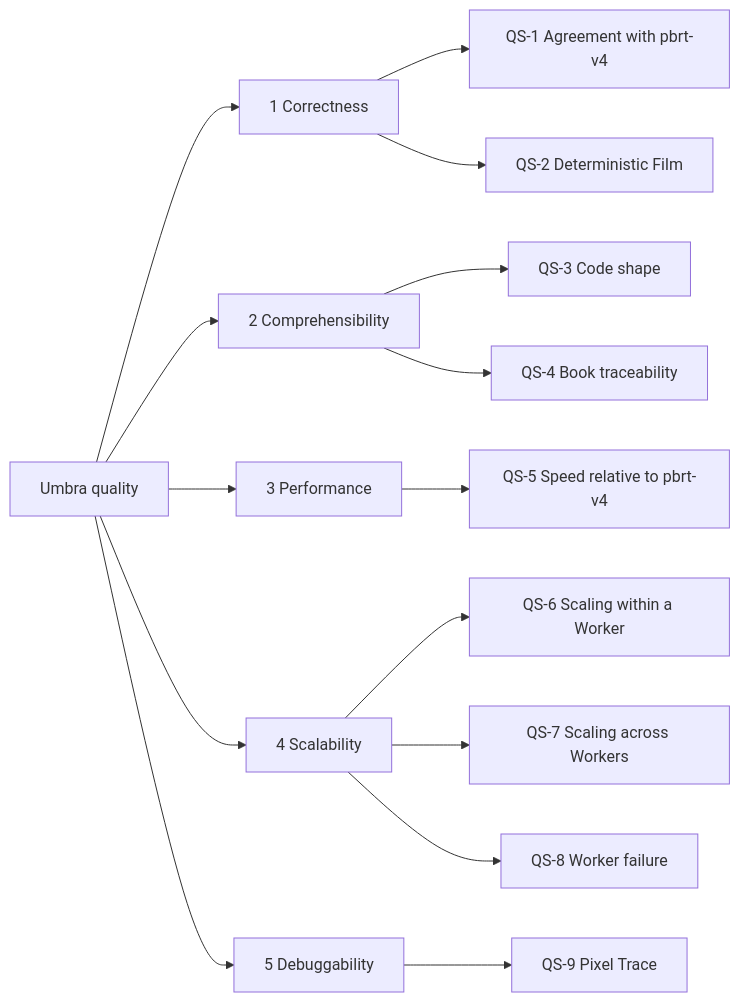
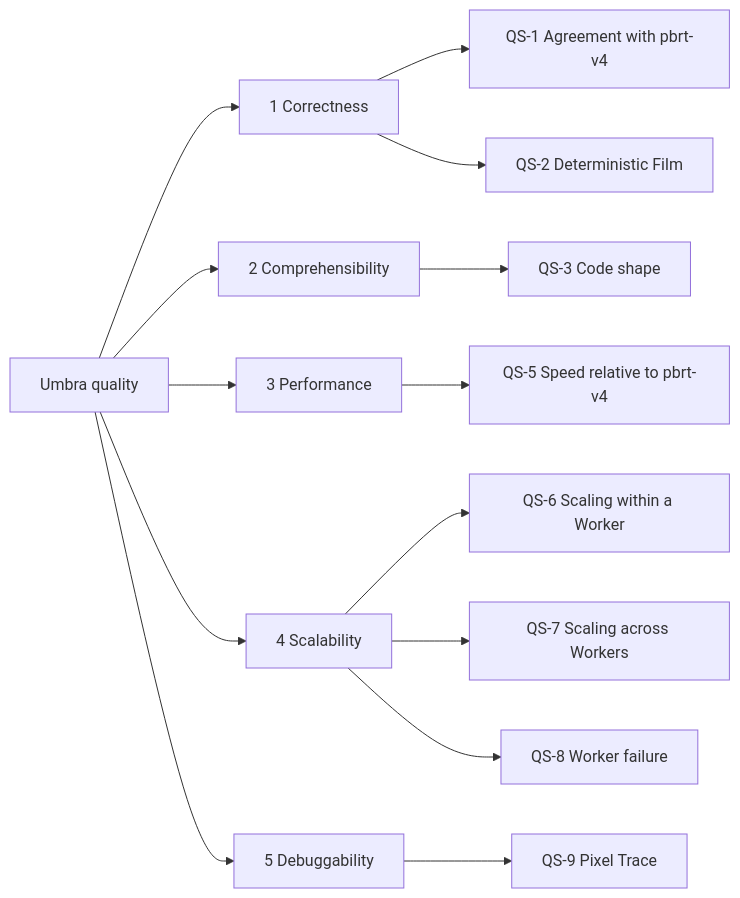
The diagram in docs/architecture/10-quality-requirements.md (sergioffpc/umbra), drawn with Mermaid before and after one commit. The commit also changed other lines of this file and 19 other files, not shown here.

````diff
--- a/docs/architecture/10-quality-requirements.md
+++ b/docs/architecture/10-quality-requirements.md
@@ -7,17 +7,16 @@
 ```mermaid
 flowchart LR
     Q["Umbra quality"] --> C["1 Correctness"]
     Q --> R["2 Comprehensibility"]
     Q --> P["3 Performance"]
     Q --> S["4 Scalability"]
     Q --> D["5 Debuggability"]
     C --> C1["QS-1 Agreement with pbrt-v4"]
     C --> C2["QS-2 Deterministic Film"]
     R --> R1["QS-3 Code shape"]
-    R --> R2["QS-4 Book traceability"]
     P --> P1["QS-5 Speed relative to pbrt-v4"]
     S --> S1["QS-6 Scaling within a Worker"]
     S --> S2["QS-7 Scaling across Workers"]
     S --> S3["QS-8 Worker failure"]
     D --> D1["QS-9 Pixel Trace"]
 ```
````
